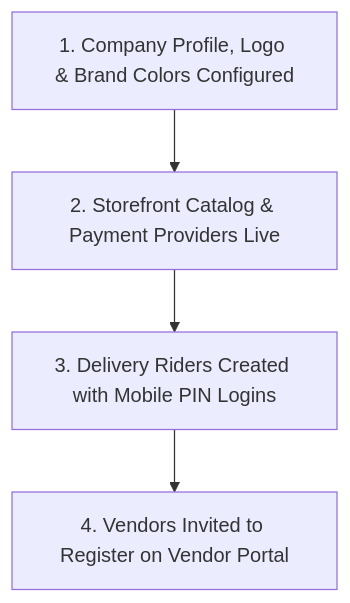
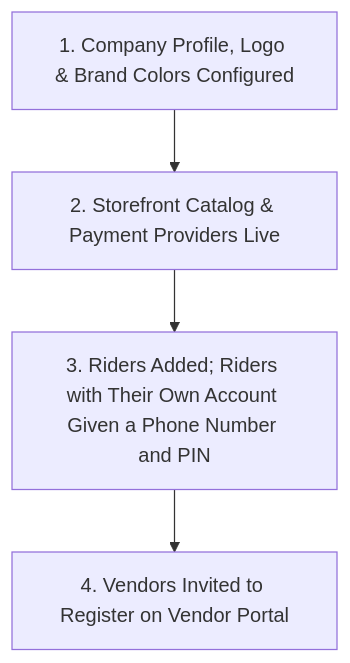
One commit to paullaster/qsell changed the first of 2 diagrams in docs/implementor-guide/14-external-portals-customer-rider-vendor.md. Above: the diagram before and after it, drawn with Mermaid. The commit also changed other lines of this file and 2 other files, not shown here.

````diff
--- a/docs/implementor-guide/14-external-portals-customer-rider-vendor.md
+++ b/docs/implementor-guide/14-external-portals-customer-rider-vendor.md
@@ -31,6 +31,6 @@
 ```mermaid
 graph TD
     COMP[1. Company Profile, Logo & Brand Colors Configured] --> STORE[2. Storefront Catalog & Payment Providers Live]
-    STORE --> RIDER[3. Delivery Riders Created with Mobile PIN Logins]
+    STORE --> RIDER[3. Riders Added; Riders with Their Own Account Given a Phone Number and PIN]
     RIDER --> VEND[4. Vendors Invited to Register on Vendor Portal]
 ```
````
